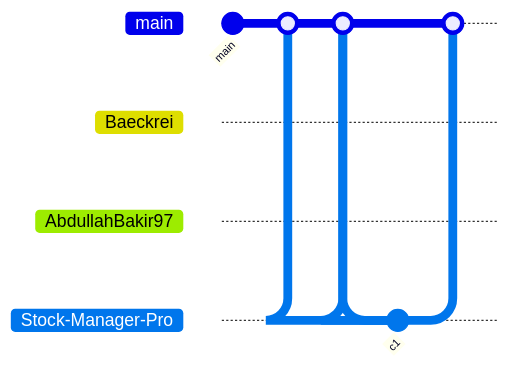
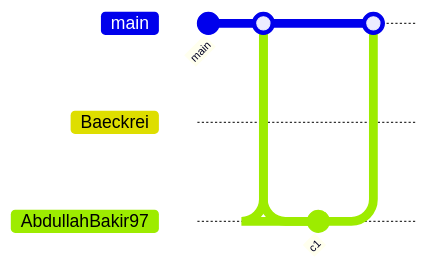
One commit to AbdullahBakir97/AbdullahBakir97 changed the diagram in README.md. Above: the diagram before and after it, drawn with Mermaid. The commit also changed other lines of this file and 5 other files, not shown here.

````diff
--- a/README.md
+++ b/README.md
@@ -336,19 +336,14 @@
 ```mermaid
 gitGraph
    commit id: "main"
    branch Baeckrei
    checkout Baeckrei
    commit id: "c1"
    checkout main
    merge Baeckrei
    branch AbdullahBakir97
    checkout AbdullahBakir97
    commit id: "c1"
    checkout main
    merge AbdullahBakir97
-   branch Stock-Manager-Pro
-   checkout Stock-Manager-Pro
-   commit id: "c1"
-   checkout main
-   merge Stock-Manager-Pro
 ```
````
